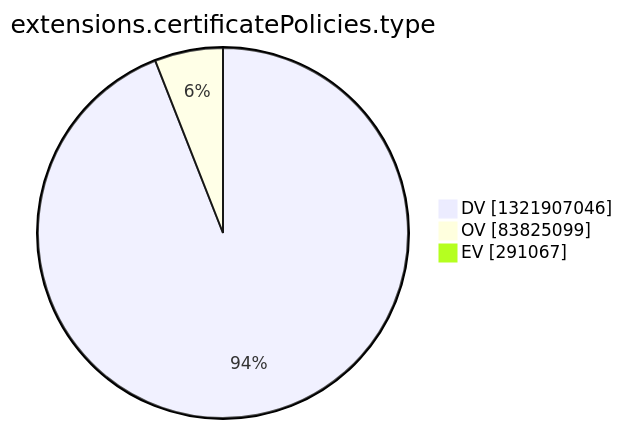
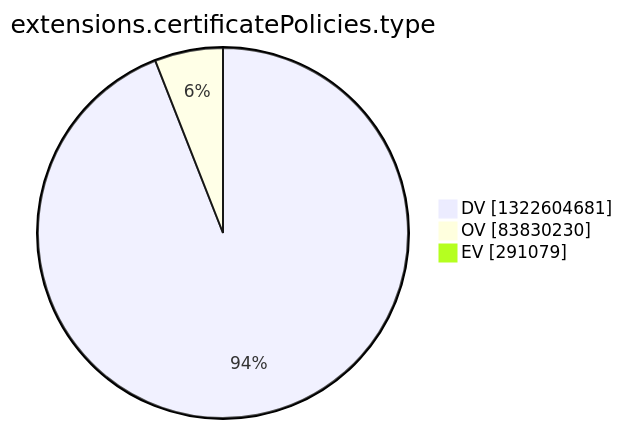
The tenth of 15 diagrams in argon2022/README.md (christiankrug/ctmonitor_visualization), drawn with Mermaid before and after one commit. The commit also changed other lines of this file, not shown here.

````diff
--- a/argon2022/README.md
+++ b/argon2022/README.md
@@ -2772,7 +2772,7 @@
 ```mermaid
 pie showData
 title extensions.certificatePolicies.type
-"DV" :1321907046
-"OV" :83825099
-"EV" :291067
+"DV" :1322604681
+"OV" :83830230
+"EV" :291079
 ```
````
